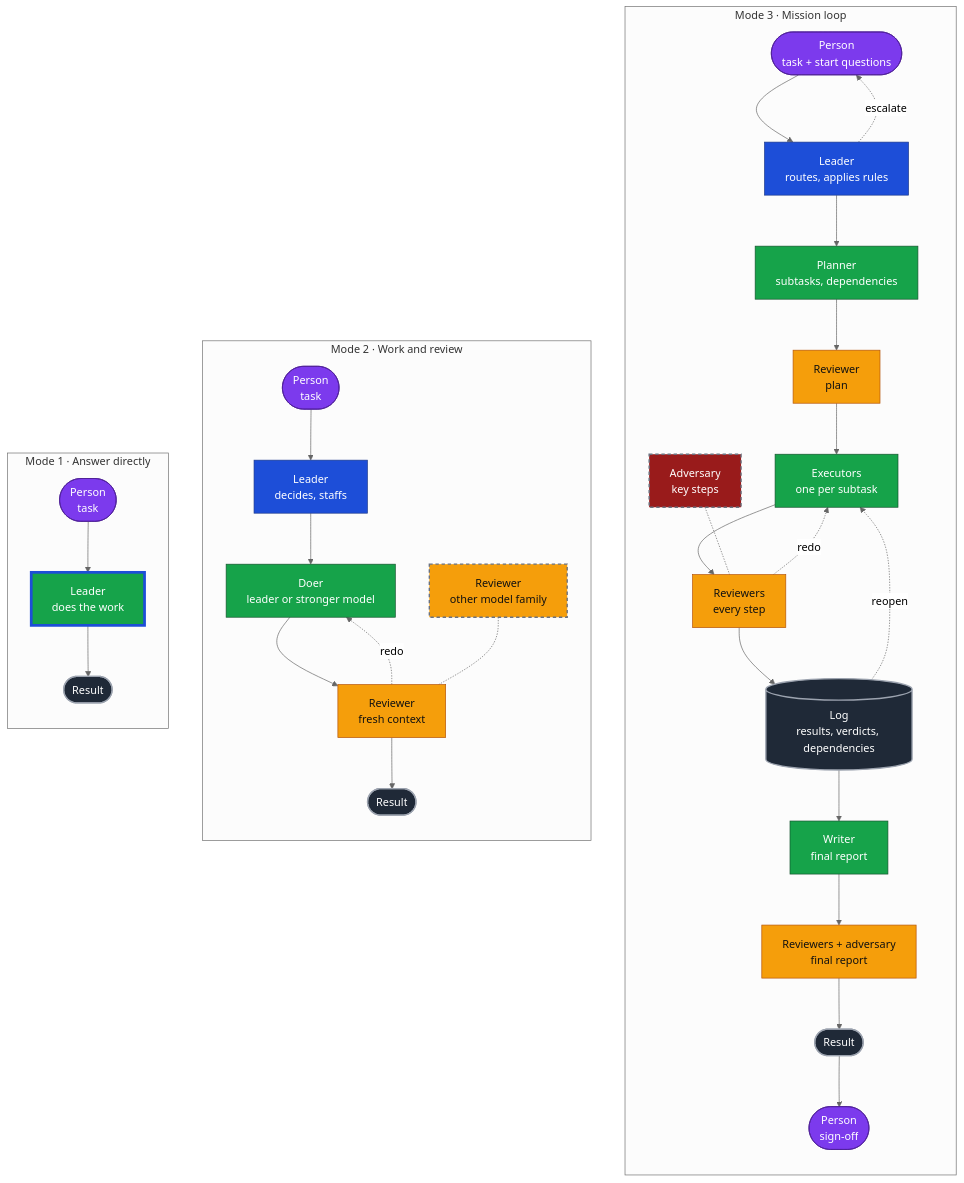
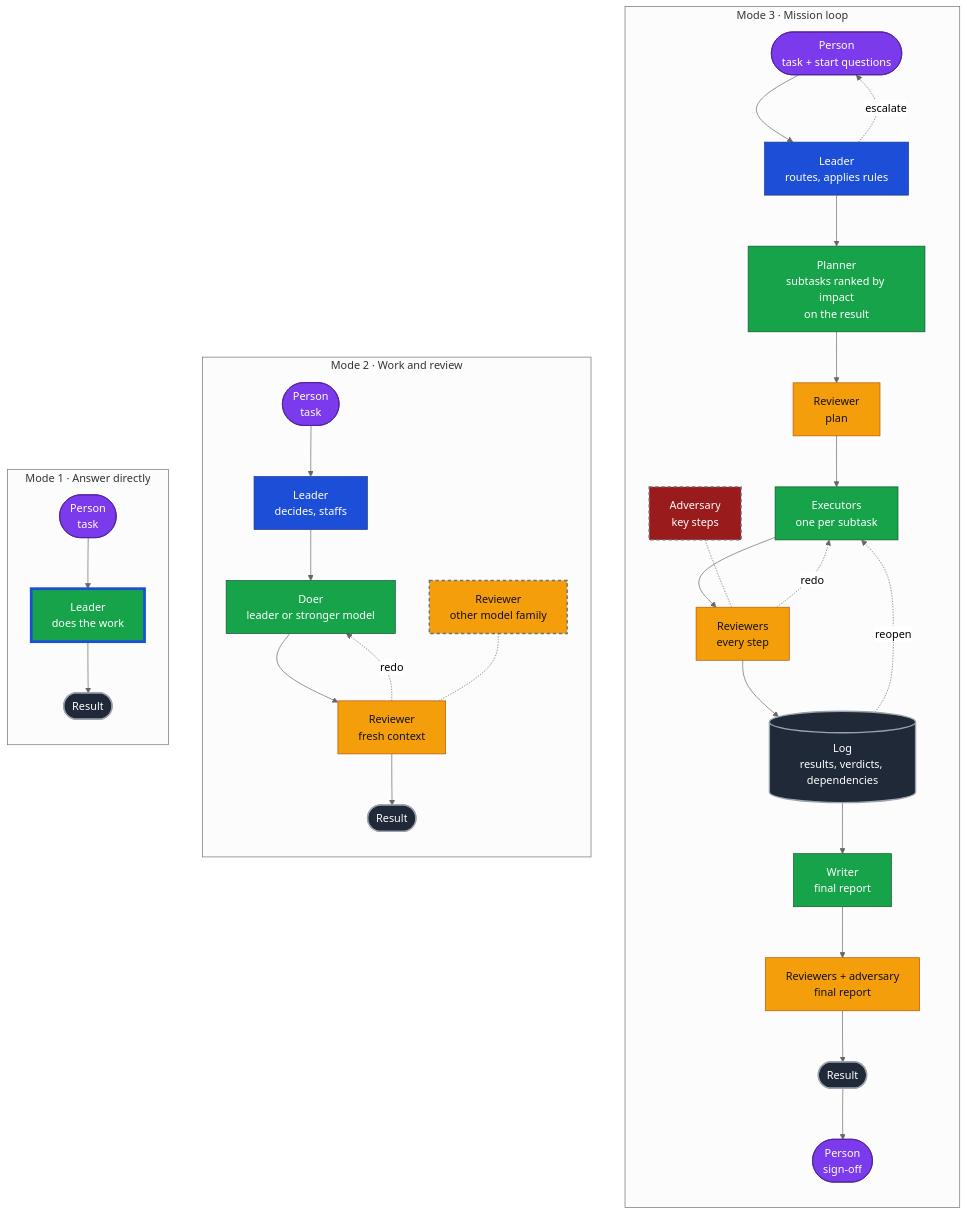
One commit to keyhell/mission-leader changed the diagram in README.md. Above: the diagram before and after it, drawn with Mermaid (neutral theme). The commit also changed other lines of this file and 1 other file, not shown here.

Commit message:
Planner orders subtasks by impact on the result, after dependencies
Claude-Session: https://claude.ai/code/session_016DfjVjbCnxcaK6nXFHk51Z

````diff
--- a/README.md
+++ b/README.md
@@ -14,41 +14,41 @@
 ```mermaid
 flowchart LR
   subgraph M1["Mode 1 · Answer directly"]
     direction TB
     P1(["Person<br/>task"]) --> L1["Leader<br/>does the work"] --> R1(["Result"])
   end
   subgraph M2["Mode 2 · Work and review"]
     direction TB
     P2(["Person<br/>task"]) --> L2["Leader<br/>decides, staffs"] --> D2["Doer<br/>leader or stronger model"] --> V2["Reviewer<br/>fresh context"] --> R2(["Result"])
     V2 -. redo .-> D2
     O2["Reviewer<br/>other model family"] -.- V2
   end
   subgraph M3["Mode 3 · Mission loop"]
     direction TB
-    P3(["Person<br/>task + start questions"]) --> L3["Leader<br/>routes, applies rules"] --> PL["Planner<br/>subtasks, dependencies"] --> VP["Reviewer<br/>plan"]
+    P3(["Person<br/>task + start questions"]) --> L3["Leader<br/>routes, applies rules"] --> PL["Planner<br/>subtasks ranked by impact<br/>on the result"] --> VP["Reviewer<br/>plan"]
     VP --> EX["Executors<br/>one per subtask"] --> VE["Reviewers<br/>every step"] --> LOG[("Log<br/>results, verdicts, dependencies")]
     VE -. redo .-> EX
     LOG -. reopen .-> EX
     A3["Adversary<br/>key steps"] -.- VE
     LOG --> W["Writer<br/>final report"] --> VF["Reviewers + adversary<br/>final report"] --> R3(["Result"]) --> S3(["Person<br/>sign-off"])
     L3 -. escalate .-> P3
   end
   M1 ~~~ M2 ~~~ M3
   classDef leader fill:#1d4ed8,stroke:#1e3a8a,color:#ffffff
   classDef doer fill:#16a34a,stroke:#14532d,color:#ffffff
   classDef leaderdoer fill:#16a34a,stroke:#1d4ed8,stroke-width:4px,color:#ffffff
   classDef reviewer fill:#f59e0b,stroke:#b45309,color:#111111
   classDef adversary fill:#991b1b,stroke:#450a0a,color:#ffffff
   classDef person fill:#7c3aed,stroke:#4c1d95,color:#ffffff
   classDef infra fill:#1f2937,stroke:#9ca3af,stroke-width:2px,color:#ffffff
   classDef optional fill:#f59e0b,stroke:#6b7280,stroke-width:2px,stroke-dasharray:5 4,color:#111111
   classDef optadv fill:#991b1b,stroke:#6b7280,stroke-width:2px,stroke-dasharray:5 4,color:#ffffff
   class L2,L3 leader
   class L1 leaderdoer
   class D2,PL,EX,W doer
   class V2,VP,VE,VF reviewer
   class P1,P2,P3,S3 person
   class R1,R2,R3,LOG infra
   class O2 optional
   class A3 optadv
 ```
````
